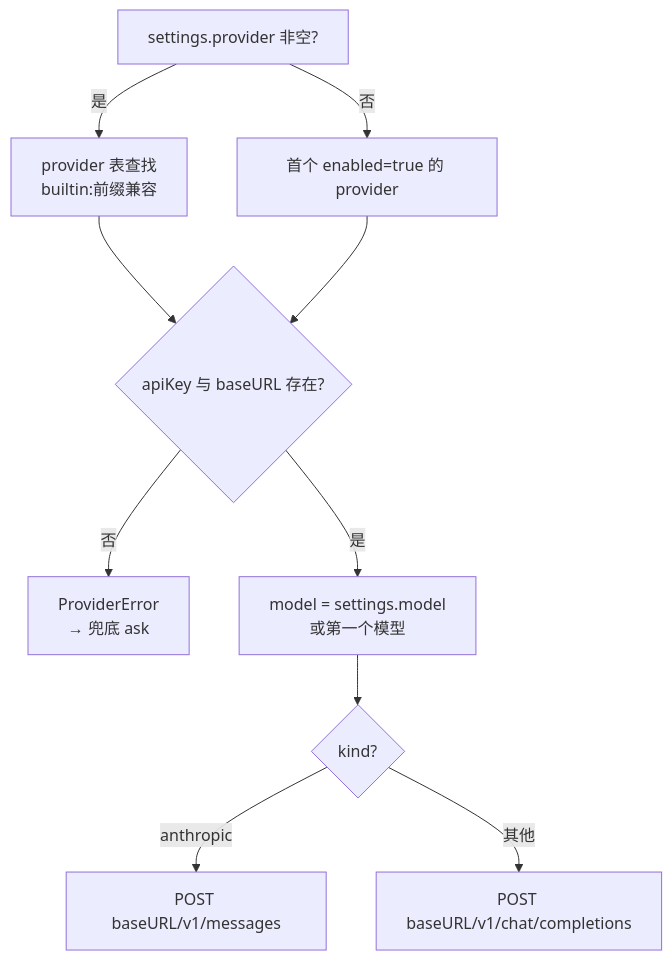
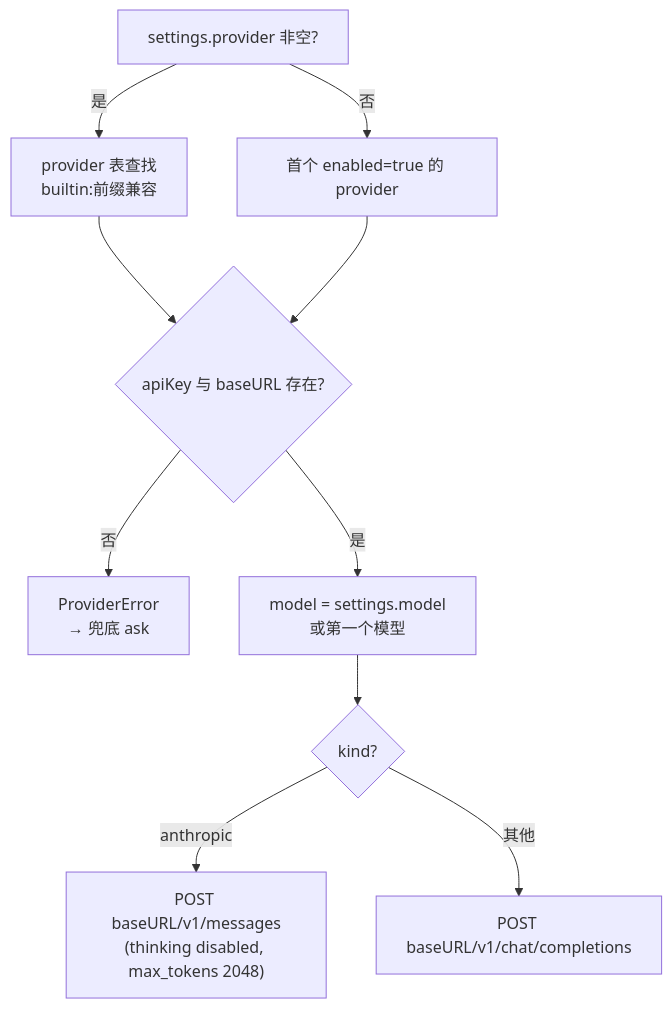
The third of 3 diagrams in docs/project_wiki/02_开发文档/模块运行流程图.md (zrny1/Auto-Review-For-Zcode), drawn with Mermaid before and after one commit. The commit also changed other lines of this file and 18 other files, not shown here.

````diff
--- a/docs/project_wiki/02_开发文档/模块运行流程图.md
+++ b/docs/project_wiki/02_开发文档/模块运行流程图.md
@@ -57,12 +65,12 @@
 ```mermaid
 flowchart TD
     A[settings.provider 非空?] -- 是 --> B["provider 表查找<br/>builtin:前缀兼容"]
     A -- 否 --> C[首个 enabled=true 的 provider]
     B --> D{apiKey 与 baseURL 存在?}
     C --> D
     D -- 否 --> E[ProviderError<br/>→ 兜底 ask]
     D -- 是 --> F[model = settings.model<br/>或第一个模型]
     F --> G{kind?}
-    G -- anthropic --> H[POST baseURL/v1/messages]
+    G -- anthropic --> H["POST baseURL/v1/messages<br/>(thinking disabled, max_tokens 2048)"]
     G -- 其他 --> I[POST baseURL/v1/chat/completions]
 ```
````
